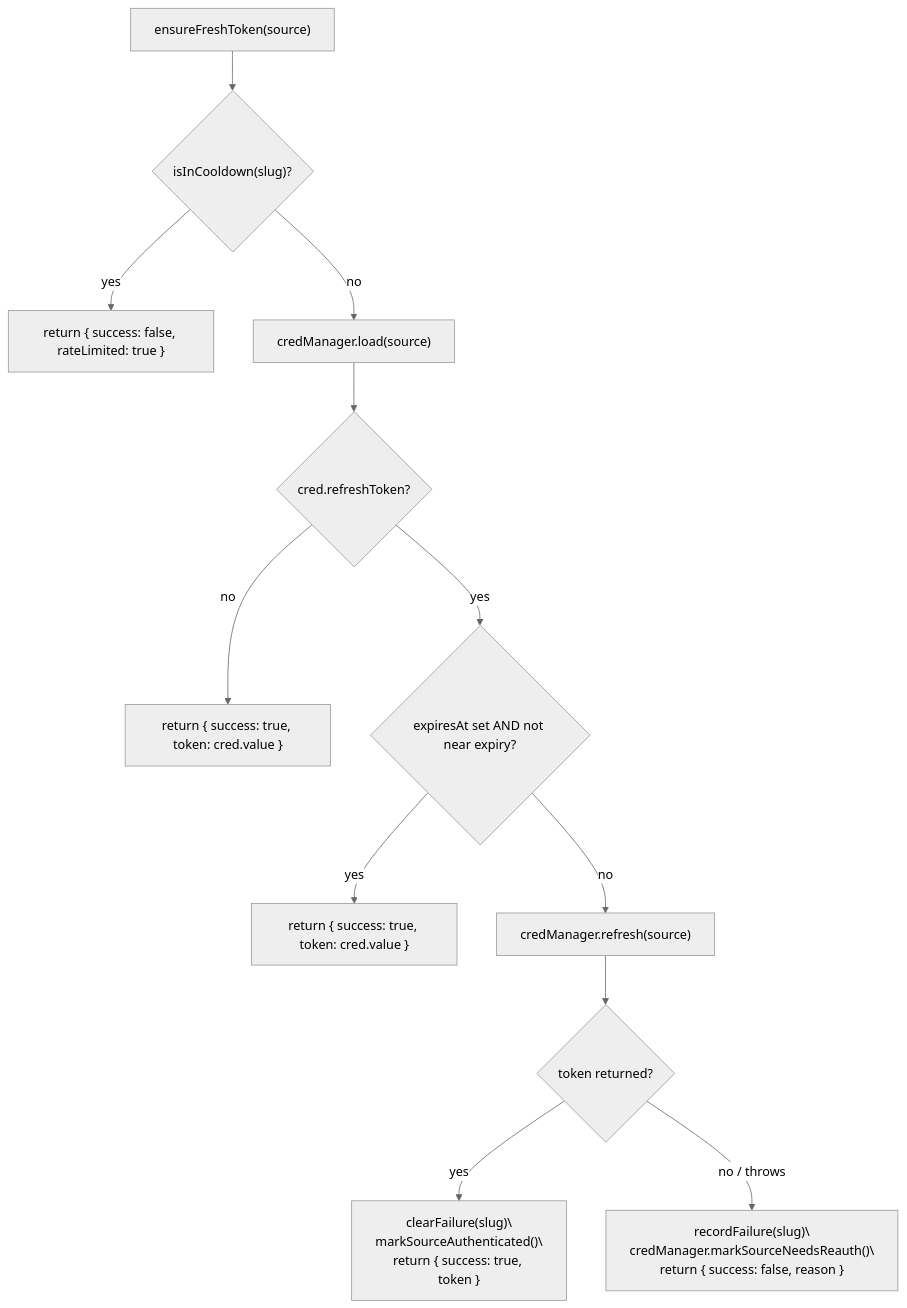
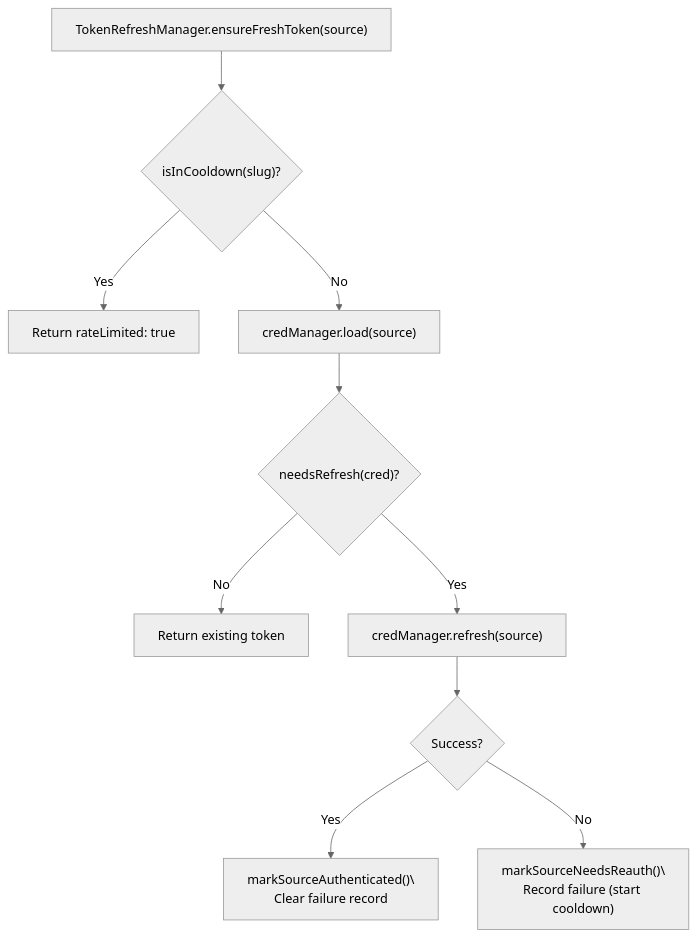
Before and after one commit to blackcater/zentree: the second of 2 diagrams in docs/lukilabs_craft-agents-oss/architecture/external-service-integration.md, drawn with Mermaid (neutral theme). The commit also changed other lines of this file and 232 other files, not shown here.

````diff
--- a/docs/lukilabs_craft-agents-oss/architecture/external-service-integration.md
+++ b/docs/lukilabs_craft-agents-oss/architecture/external-service-integration.md
@@ -248,18 +131,14 @@
 ```mermaid
 flowchart TD
-    A["ensureFreshToken(source)"] --> B{"isInCooldown(slug)?"}
-    B -- "yes" --> C["return { success: false, rateLimited: true }"]
-    B -- "no" --> D["credManager.load(source)"]
-    D --> E{"cred.refreshToken?"}
-    E -- "no" --> F["return { success: true, token: cred.value }"]
-    E -- "yes" --> G{"expiresAt set AND not near expiry?"}
-    G -- "yes" --> H["return { success: true, token: cred.value }"]
-    G -- "no" --> I["credManager.refresh(source)"]
-    I --> J{"token returned?"}
-    J -- "yes" --> K["clearFailure(slug)\
-markSourceAuthenticated()\
-return { success: true, token }"]
-    J -- "no / throws" --> L["recordFailure(slug)\
-credManager.markSourceNeedsReauth()\
-return { success: false, reason }"]
+    A["TokenRefreshManager.ensureFreshToken(source)"] --> B{"isInCooldown(slug)?"}
+    B -- "Yes" --> C["Return rateLimited: true"]
+    B -- "No" --> D["credManager.load(source)"]
+    D --> E{"needsRefresh(cred)?"}
+    E -- "No" --> F["Return existing token"]
+    E -- "Yes" --> G["credManager.refresh(source)"]
+    G --> H{"Success?"}
+    H -- "Yes" --> I["markSourceAuthenticated()\
+Clear failure record"]
+    H -- "No" --> J["markSourceNeedsReauth()\
+Record failure (start cooldown)"]
 ```
````
